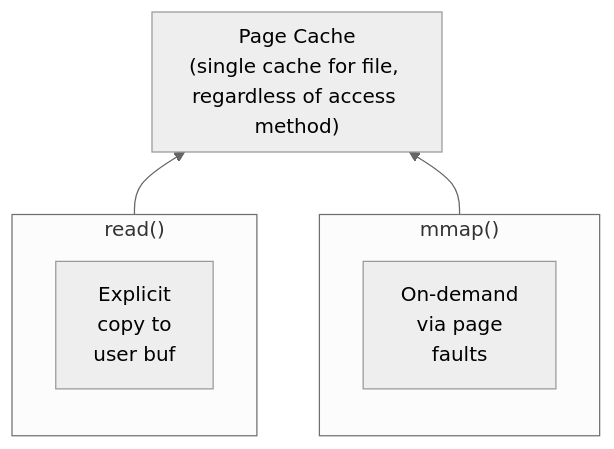
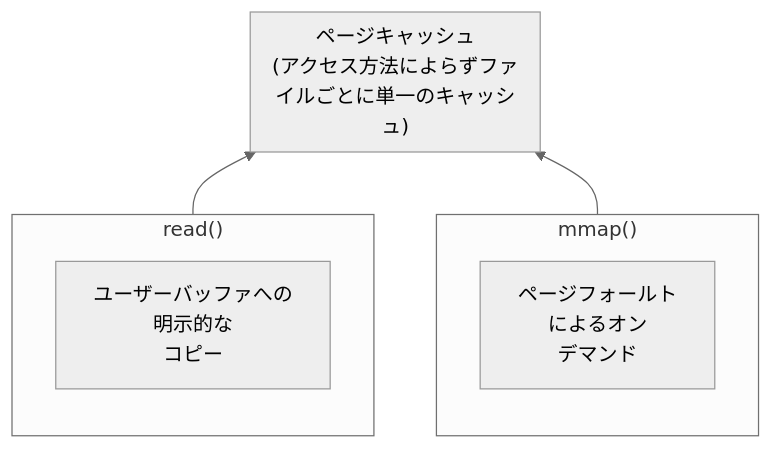
Before and after one commit to doguto/linux-kernel-internals-jp: the seventh of 8 diagrams in docs/mm/life-of-read.md, drawn with Mermaid (neutral theme). The commit also changed other lines of this file and 27 other files, not shown here.

````diff
--- a/docs/mm/life-of-read.md
+++ b/docs/mm/life-of-read.md
@@ -427,16 +427,16 @@
 ```mermaid
 flowchart BT
-    subgraph pagecache["Page Cache<br/>(single cache for file, regardless of access method)"]
+    subgraph pagecache["ページキャッシュ<br/>(アクセス方法によらずファイルごとに単一のキャッシュ)"]
     end
 
     subgraph readmethod["read()"]
-        R1["Explicit<br/>copy to<br/>user buf"]
+        R1["ユーザーバッファへの<br/>明示的な<br/>コピー"]
     end
 
     subgraph mmapmethod["mmap()"]
-        M1["On-demand<br/>via page<br/>faults"]
+        M1["ページフォールト<br/>によるオン<br/>デマンド"]
     end
 
     readmethod --> pagecache
     mmapmethod --> pagecache
 ```
````
